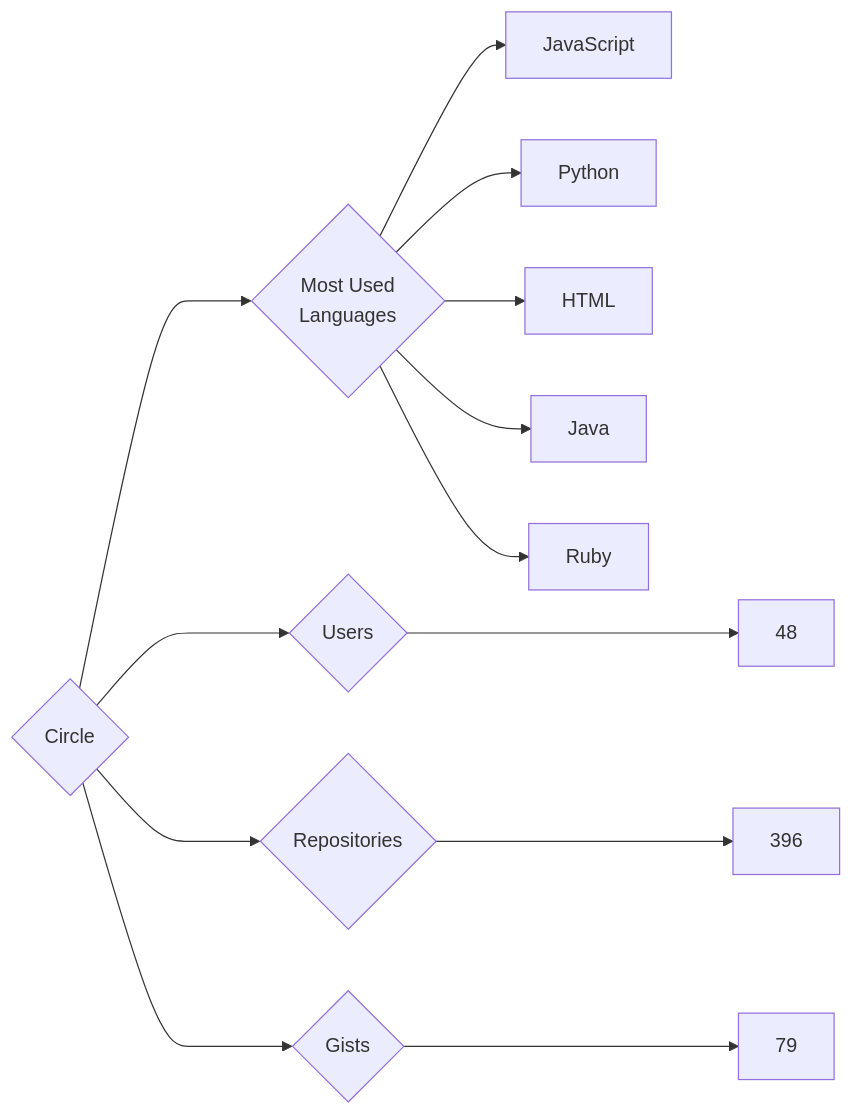
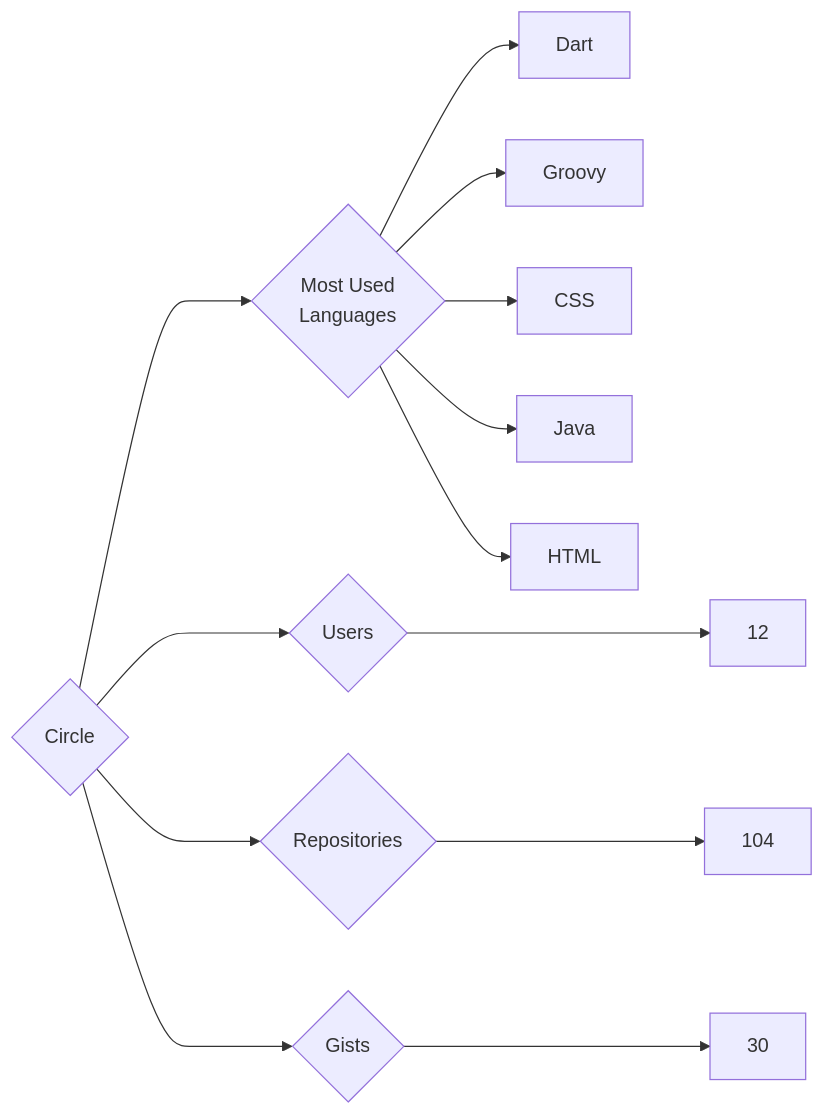
The diagram in targets/Circle/README.md (trickest/insiders), drawn with Mermaid before and after one commit. The commit also changed 899 other files, not shown here.

````diff
--- a/targets/Circle/README.md
+++ b/targets/Circle/README.md
@@ -3,13 +3,13 @@
 ```mermaid
 graph LR
 COMPANY_NAME{Circle}
-COMPANY_NAME ---> U{Users} ---> UN[48]
-COMPANY_NAME ---> R{Repositories} ---> RN[396]
-COMPANY_NAME ---> G{Gists} ---> GN[79]
+COMPANY_NAME ---> U{Users} ---> UN[12]
+COMPANY_NAME ---> R{Repositories} ---> RN[104]
+COMPANY_NAME ---> G{Gists} ---> GN[30]
 COMPANY_NAME ---> ML{Most Used<br>Languages}
-ML --> JavaScript[JavaScript]
-ML --> Python[Python]
+ML --> Dart[Dart]
+ML --> Groovy[Groovy]
+ML --> CSS[CSS]
+ML --> Java[Java]
 ML --> HTML[HTML]
-ML --> Java[Java]
-ML --> Ruby[Ruby]
 ```
````
